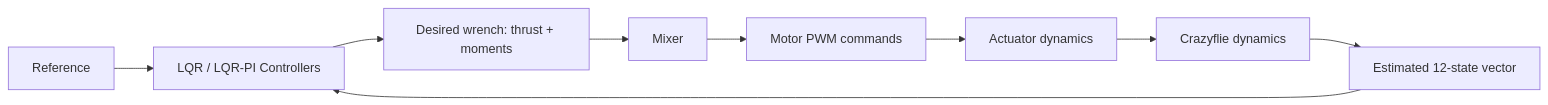
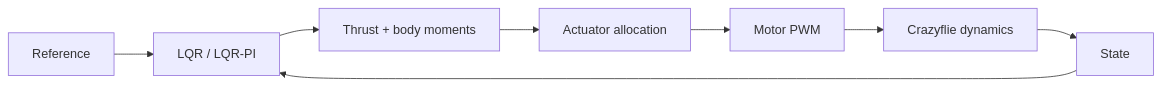
The diagram in README.md (TobySun058/crazyflie-flight-control), drawn with Mermaid before and after one commit. The commit also changed other lines of this file and 61 other files, not shown here.

````diff
--- a/README.md
+++ b/README.md
@@ -21,11 +9,10 @@
 ```mermaid
 flowchart LR
-    R[Reference] --> C[LQR / LQR-PI Controllers]
-    X[Estimated 12-state vector] --> C
-    C --> W[Desired wrench: thrust + moments]
-    W --> M[Mixer]
-    M --> P[Motor PWM commands]
-    P --> A[Actuator dynamics]
-    A --> D[Crazyflie dynamics]
+    R[Reference] --> C[LQR / LQR-PI]
+    X[State] --> C
+    C --> W[Thrust + body moments]
+    W --> A[Actuator allocation]
+    A --> P[Motor PWM]
+    P --> D[Crazyflie dynamics]
     D --> X
 ```
````
